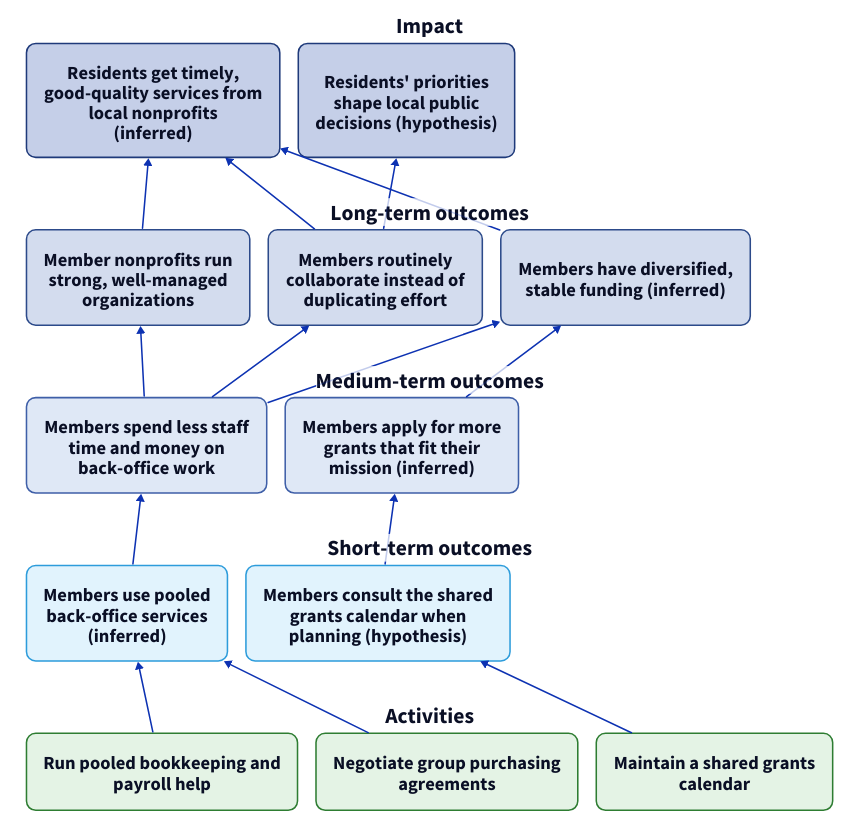
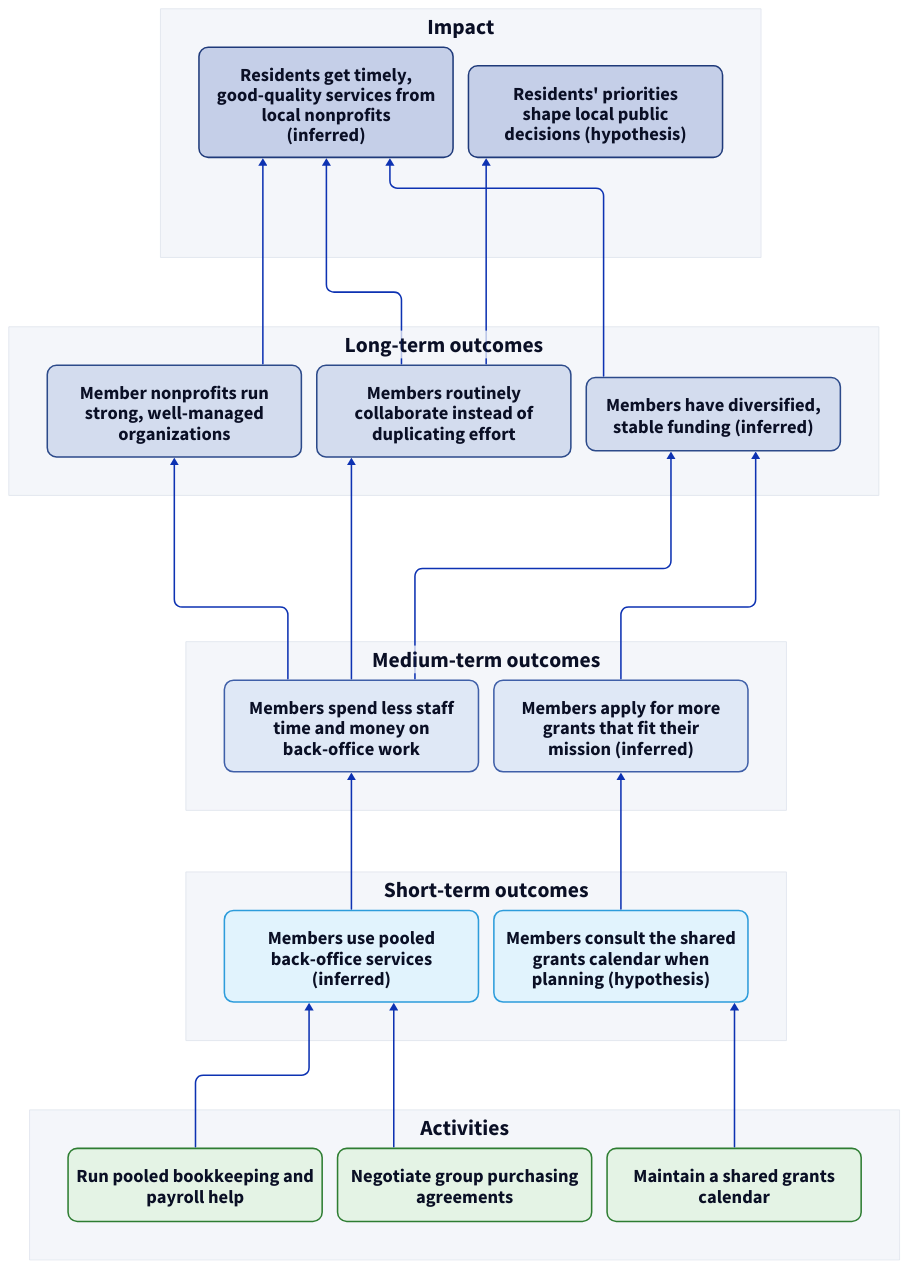
One commit to ProductBuildersHQ/impact-model changed the third of 7 diagrams in pkg/document/testdata/intermediary-nonprofit.md. Above: the diagram before and after it, drawn with D2. The commit also changed other lines of this file and 8 other files, not shown here.

````diff
--- a/pkg/document/testdata/intermediary-nonprofit.md
+++ b/pkg/document/testdata/intermediary-nonprofit.md
@@ -375,6 +377,11 @@
 ```d2
-grid-rows: 5
-vertical-gap: 24
+vars: {
+  d2-config: {
+    layout-engine: elk
+  }
+}
+
+direction: up
 
 classes: {
   activities: {
@@ -382,57 +389,86 @@
     style.stroke: "#2e7d32"
     style.border-radius: 12
     style.font-size: 24
+    width: 330
   }
   impact: {
     style.fill: "#c5cfe8"
     style.stroke: "#1f3a7a"
     style.border-radius: 12
     style.font-size: 24
+    width: 330
   }
   long_term: {
     style.fill: "#d3dcee"
     style.stroke: "#2c4a8a"
     style.border-radius: 12
     style.font-size: 24
+    width: 330
   }
   medium_term: {
     style.fill: "#dfe8f6"
     style.stroke: "#3f5fa8"
     style.border-radius: 12
     style.font-size: 24
+    width: 330
   }
   short_term: {
     style.fill: "#e1f3fd"
     style.stroke: "#2d9cdb"
     style.border-radius: 12
     style.font-size: 24
+    width: 330
   }
   stage: {
-    style.fill: "transparent"
-    style.stroke-width: 0
+    style.fill: "#f4f6fa"
+    style.stroke: "#dde3ec"
+    style.stroke-width: 1
     style.font-size: 28
     style.bold: true
   }
 }
 
-impact: Impact {
-  grid-columns: 2
-  horizontal-gap: 24
-  vertical-gap: 24
+activities: Activities {
+  direction: right
   class: stage
 
-  "oc-resident-access": "Residents get timely,\ngood-quality services from\nlocal nonprofits\n(inferred)" {
-    class: impact
+  "int-pooled-backoffice": "Run pooled bookkeeping and\npayroll help" {
+    class: activities
   }
-  "oc-resident-voice": "Residents' priorities\nshape local public\ndecisions (hypothesis)" {
-    class: impact
+  "int-group-purchasing": "Negotiate group purchasing\nagreements" {
+    class: activities
+  }
+  "int-grants-calendar": "Maintain a shared grants\ncalendar" {
+    class: activities
+  }
+}
+
+short_term: Short-term outcomes {
+  direction: right
+  class: stage
+
+  "oc-st-pooled-use": "Members use pooled\nback-office services\n(inferred)" {
+    class: short_term
+  }
+  "oc-st-calendar-use": "Members consult the shared\ngrants calendar when\nplanning (hypothesis)" {
+    class: short_term
+  }
+}
+
+medium_term: Medium-term outcomes {
+  direction: right
+  class: stage
+
+  "oc-im-lower-overhead": "Members spend less staff\ntime and money on\nback-office work" {
+    class: medium_term
+  }
+  "oc-im-grant-pipeline": "Members apply for more\ngrants that fit their\nmission (inferred)" {
+    class: medium_term
   }
 }
 
 long_term: Long-term outcomes {
-  grid-columns: 3
-  horizontal-gap: 24
-  vertical-gap: 24
+  direction: right
   class: stage
 
   "oc-lt-capable-members": "Member nonprofits run\nstrong, well-managed\norganizations" {
@@ -446,48 +482,15 @@
   }
 }
 
-medium_term: Medium-term outcomes {
-  grid-columns: 2
-  horizontal-gap: 24
-  vertical-gap: 24
+impact: Impact {
+  direction: right
   class: stage
 
-  "oc-im-lower-overhead": "Members spend less staff\ntime and money on\nback-office work" {
-    class: medium_term
+  "oc-resident-access": "Residents get timely,\ngood-quality services from\nlocal nonprofits\n(inferred)" {
+    class: impact
   }
-  "oc-im-grant-pipeline": "Members apply for more\ngrants that fit their\nmission (inferred)" {
-    class: medium_term
-  }
-}
-
-short_term: Short-term outcomes {
-  grid-columns: 2
-  horizontal-gap: 24
-  vertical-gap: 24
-  class: stage
-
-  "oc-st-pooled-use": "Members use pooled\nback-office services\n(inferred)" {
-    class: short_term
-  }
-  "oc-st-calendar-use": "Members consult the shared\ngrants calendar when\nplanning (hypothesis)" {
-    class: short_term
-  }
-}
-
-activities: Activities {
-  grid-columns: 3
-  horizontal-gap: 24
-  vertical-gap: 24
-  class: stage
-
-  "int-pooled-backoffice": "Run pooled bookkeeping and\npayroll help" {
-    class: activities
-  }
-  "int-group-purchasing": "Negotiate group purchasing\nagreements" {
-    class: activities
-  }
-  "int-grants-calendar": "Maintain a shared grants\ncalendar" {
-    class: activities
+  "oc-resident-voice": "Residents' priorities\nshape local public\ndecisions (hypothesis)" {
+    class: impact
   }
 }
 
````
